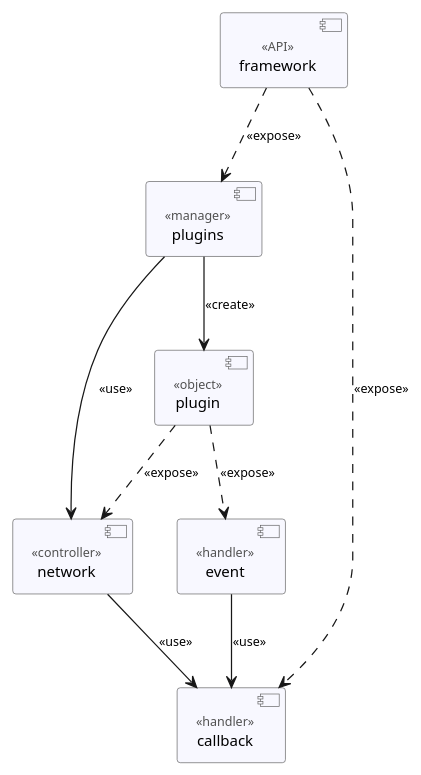
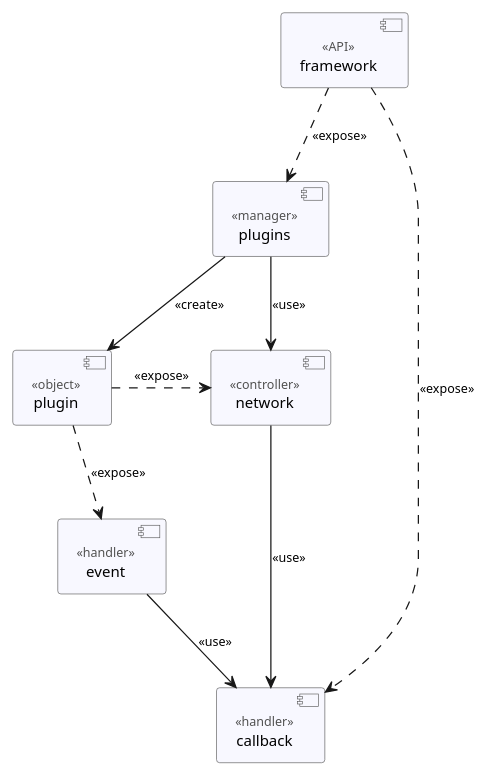
One commit to erik-riklund/wow changed the diagram in Cogspinner/structure.puml. Above: the diagram before and after it, drawn with PlantUML. The commit also changed 9 other files, not shown here.

Commit message:
+ network / plugin

```diff
--- a/Cogspinner/structure.puml
+++ b/Cogspinner/structure.puml
@@ -1,46 +1,46 @@
 @startuml Cogspinner
 
 skinparam ClassFontSize 12pt
 skinparam ClassFontName Consolas
 skinparam ComponentBackgroundColor GhostWhite
 skinparam ComponentBorderColor #565656
 skinparam ComponentFontStyle normal
 skinparam ComponentFontSize 12pt
 skinparam ComponentFontName Consolas
 skinparam ComponentStereotypeFontName Consolas
 skinparam ComponentStereotypeFontSize 10pt
 skinparam ComponentStereotypeFontColor #515151
 skinparam InterfaceBackgroundColor Orange
 skinparam NoteFontName Franklin Gothic Medium
 skinparam NoteFontSize 12pt
 skinparam NoteFontColor black
 skinparam NoteBackgroundColor #FEFFDD
 skinparam NoteBorderColor #96968D
 skinparam ArrowFontName Consolas
 skinparam ArrowFontSize 10pt
 
 component "framework" as Framework <<API>>
 component "plugins" as Plugins <<manager>>
 
 Framework ..> Plugins : <<expose>>
 
 component "plugin" as Plugin <<object>>
 
 Plugins --> Plugin : <<create>>
 
 component "callback" as Callback <<handler>>
 
 Framework ..> Callback : <<expose>>
 
 component "network" as Network <<controller>>
 
 Plugins --> Network : <<use>>
 Network --> Callback : <<use>>
-Plugin ..> Network : <<expose>>
+Plugin .> Network : <<expose>>
 
 component "event" as Event <<handler>>
 
 Event --> Callback : <<use>>
 Plugin ..> Event : <<expose>>
 
 @enduml
```
